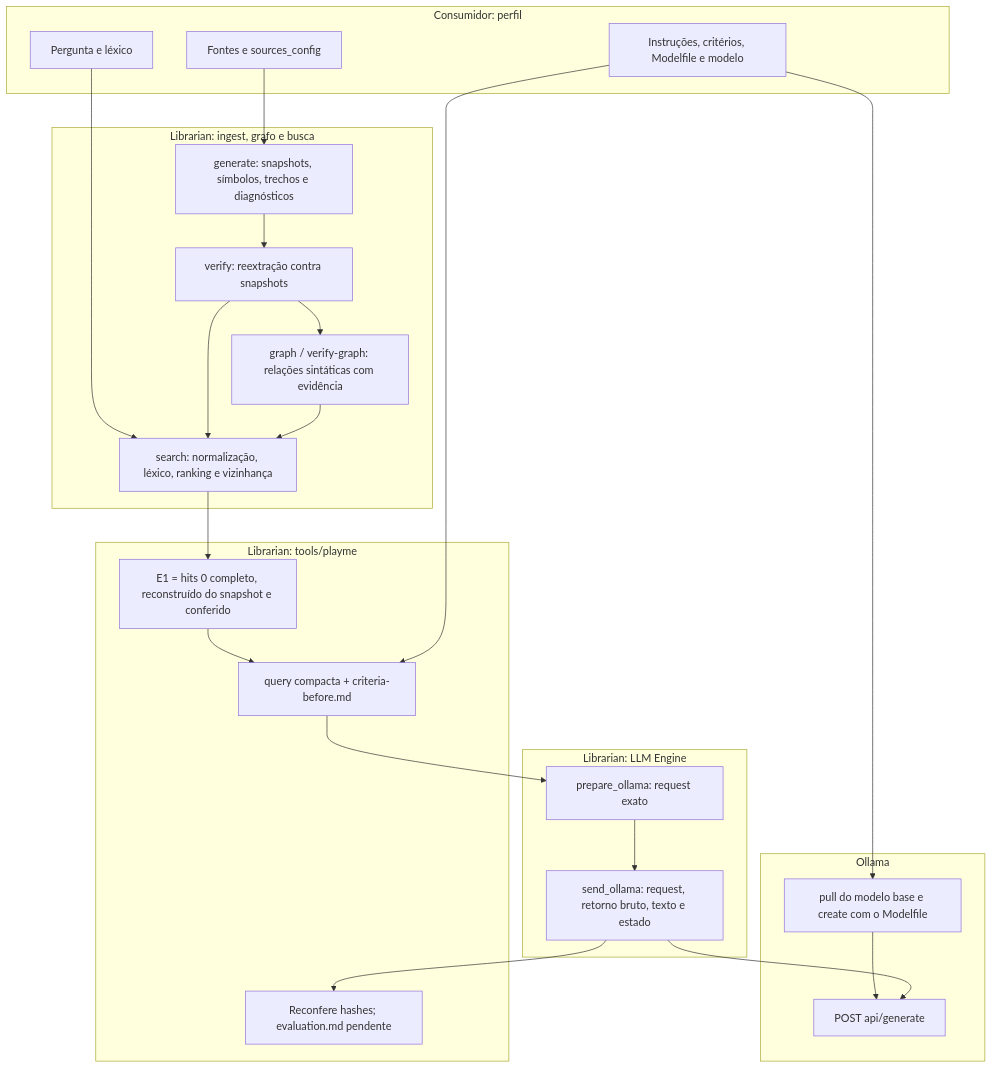
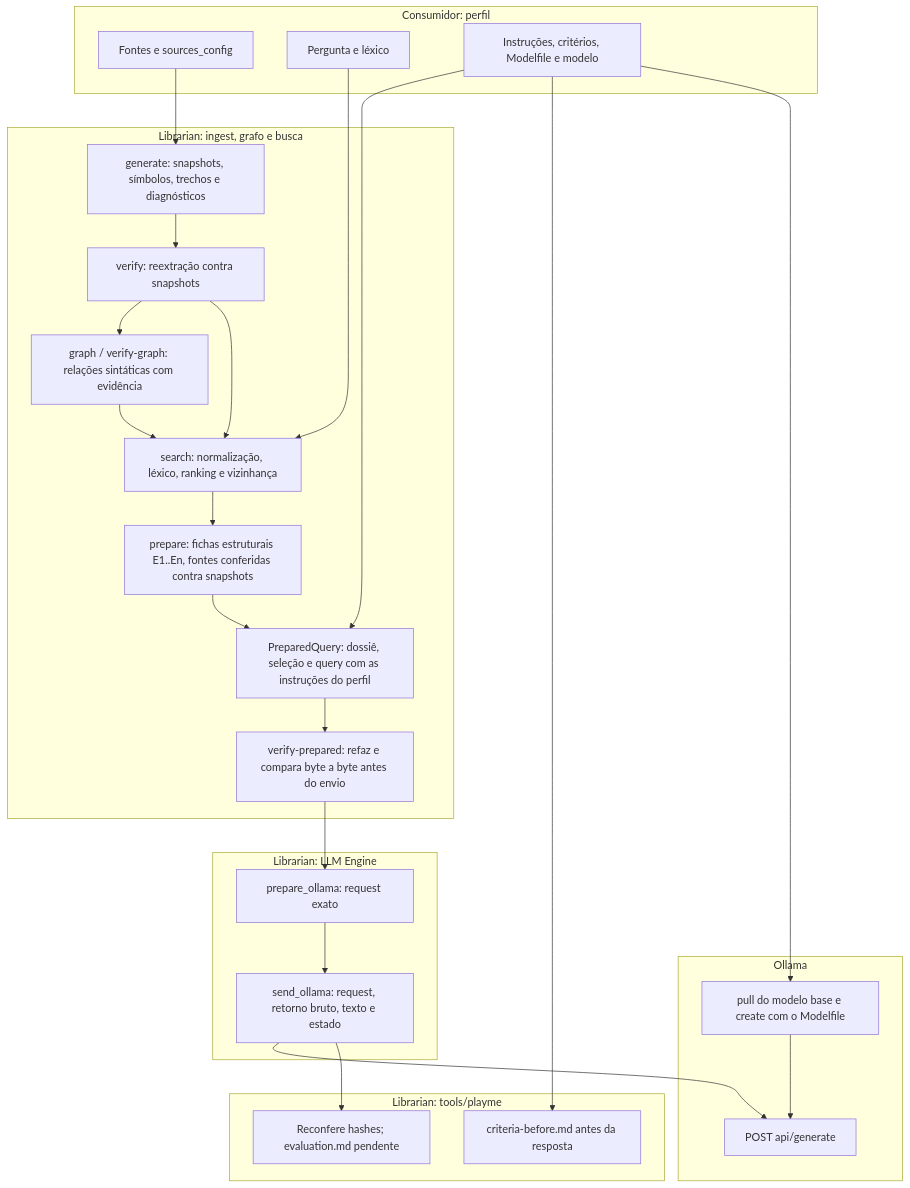
Before and after one commit to ViniciusSJV/librarian: the diagram in WORKFLOW.md, drawn with Mermaid. The commit also changed other lines of this file and 17 other files, not shown here.

First line of the commit message:
Liga a busca ao PreparedQuery em Rust e fecha o Graph Engine (G4)

````diff
--- a/WORKFLOW.md
+++ b/WORKFLOW.md
@@ -40,37 +41,40 @@
 ```mermaid
 flowchart TD
     subgraph C[Consumidor: perfil]
         A[Fontes e sources_config]
         Q[Pergunta e léxico]
         P0[Instruções, critérios, Modelfile e modelo]
     end
     subgraph L[Librarian: ingest, grafo e busca]
         B[generate: snapshots, símbolos, trechos e diagnósticos]
         C2[verify: reextração contra snapshots]
         D[graph / verify-graph: relações sintáticas com evidência]
         T[search: normalização, léxico, ranking e vizinhança]
+        H[prepare: fichas estruturais E1..En, fontes conferidas contra snapshots]
+        P[PreparedQuery: dossiê, seleção e query com as instruções do perfil]
+        V[verify-prepared: refaz e compara byte a byte antes do envio]
     end
     subgraph PM[Librarian: tools/playme]
-        H[E1 = hits 0 completo, reconstruído do snapshot e conferido]
-        P[query compacta + criteria-before.md]
+        R[criteria-before.md antes da resposta]
         K[Reconfere hashes; evaluation.md pendente]
     end
     subgraph E[Librarian: LLM Engine]
         I[prepare_ollama: request exato]
         J[send_ollama: request, retorno bruto, texto e estado]
     end
     subgraph O[Ollama]
         M[pull do modelo base e create com o Modelfile]
         N[POST api/generate]
     end
     A --> B --> C2 --> D
     Q --> T
     C2 --> T
     D --> T
-    T --> H --> P --> I
+    T --> H --> P --> V --> I
     P0 --> P
+    P0 --> R
     P0 --> M
     M --> N
     I --> J --> N
     J --> K
 ```
````
